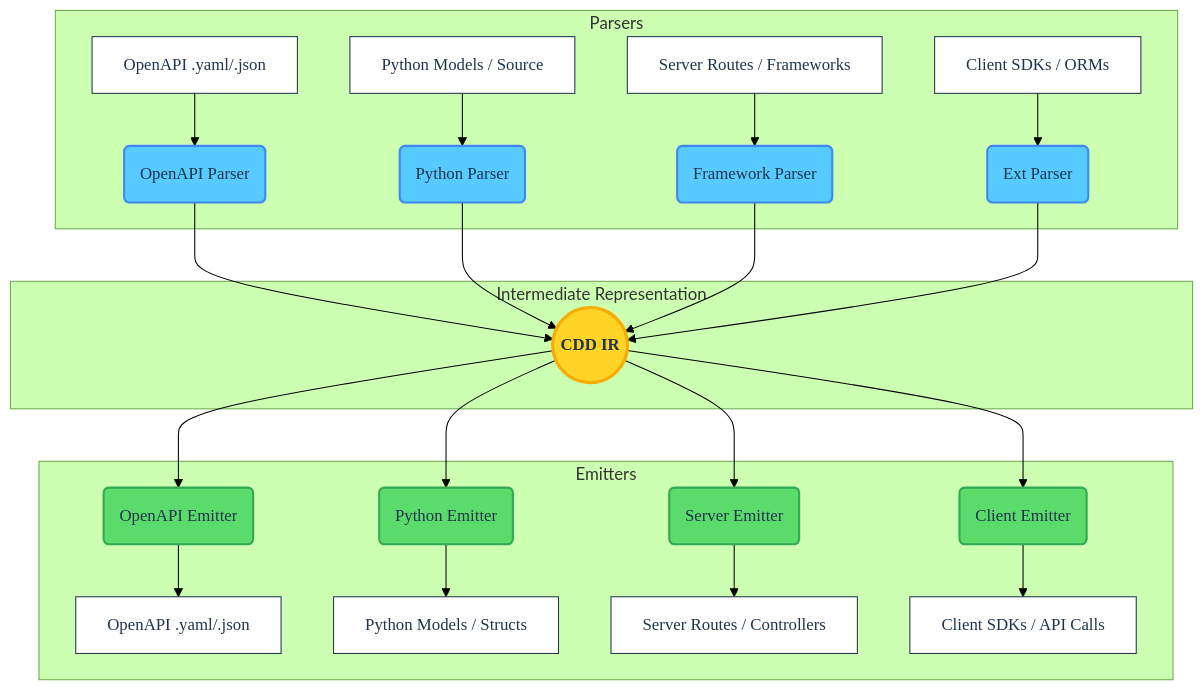
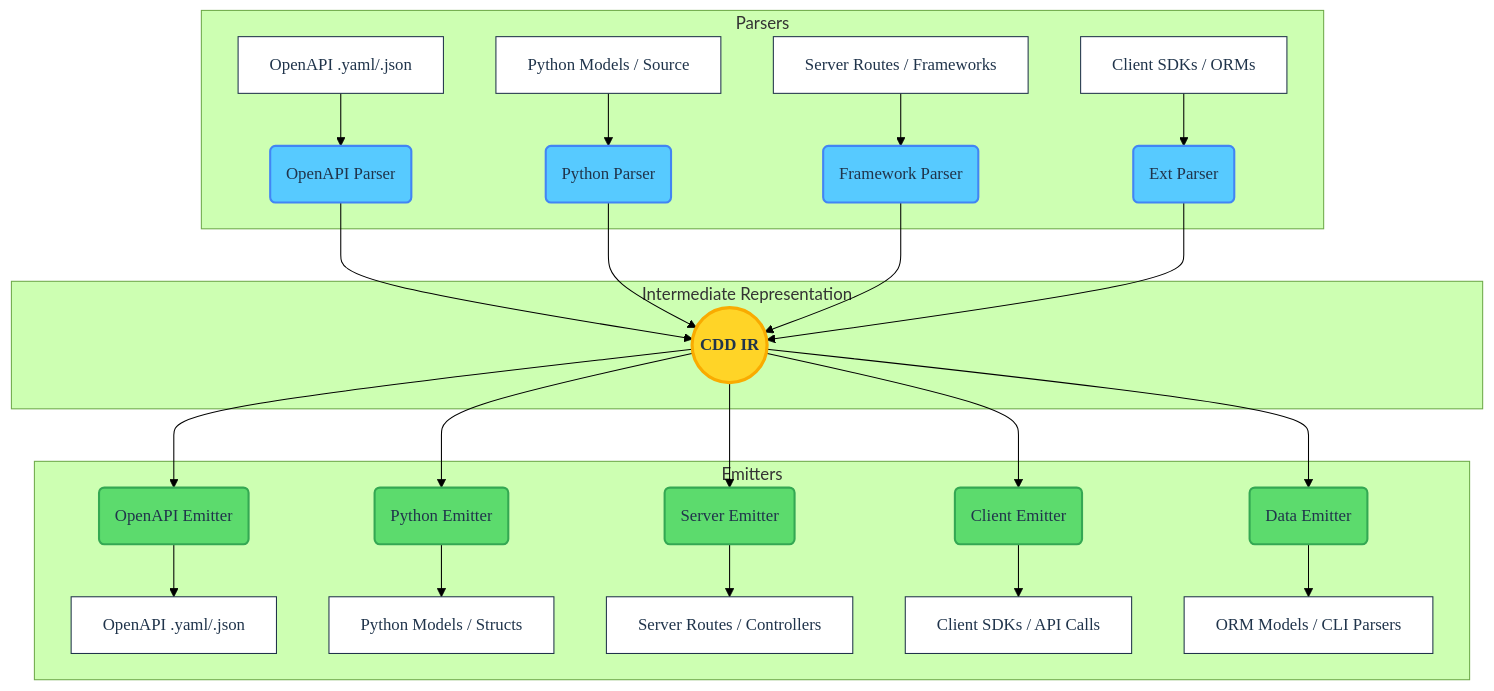
Before and after one commit to offscale/cdd-python-all: the diagram in ARCHITECTURE.md, drawn with Mermaid (forest theme). The commit also changed other lines of this file and 21 other files, not shown here.

````diff
--- a/ARCHITECTURE.md
+++ b/ARCHITECTURE.md
@@ -16,36 +15,38 @@
 ```mermaid
 graph TD
     %% Styling Definitions
     classDef frontend fill:#57caff,stroke:#4285f4,stroke-width:2px,color:#20344b,font-family:Roboto Mono
     classDef core fill:#ffd427,stroke:#f9ab00,stroke-width:3px,color:#20344b,font-family:Google Sans,font-weight:bold
     classDef backend fill:#5cdb6d,stroke:#34a853,stroke-width:2px,color:#20344b,font-family:Roboto Mono
     classDef endpoint fill:#ffffff,stroke:#20344b,stroke-width:1px,color:#20344b,font-family:Google Sans
 
     subgraph Frontend [Parsers]
         A[OpenAPI .yaml/.json]:::endpoint --> P1(OpenAPI Parser):::frontend
         B[Python Models / Source]:::endpoint --> P2(Python Parser):::frontend
         C[Server Routes / Frameworks]:::endpoint --> P3(Framework Parser):::frontend
         D[Client SDKs / ORMs]:::endpoint --> P4(Ext Parser):::frontend
     end
 
     subgraph Core [Intermediate Representation]
         IR((CDD IR)):::core
     end
 
     subgraph Backend [Emitters]
         E1(OpenAPI Emitter):::backend --> X[OpenAPI .yaml/.json]:::endpoint
         E2(Python Emitter):::backend --> Y[Python Models / Structs]:::endpoint
         E3(Server Emitter):::backend --> Z[Server Routes / Controllers]:::endpoint
         E4(Client Emitter):::backend --> W[Client SDKs / API Calls]:::endpoint
+        E5(Data Emitter):::backend --> V[ORM Models / CLI Parsers]:::endpoint
     end
 
     P1 --> IR
     P2 --> IR
     P3 --> IR
     P4 --> IR
 
     IR --> E1
     IR --> E2
     IR --> E3
     IR --> E4
+    IR --> E5
 ```
````
